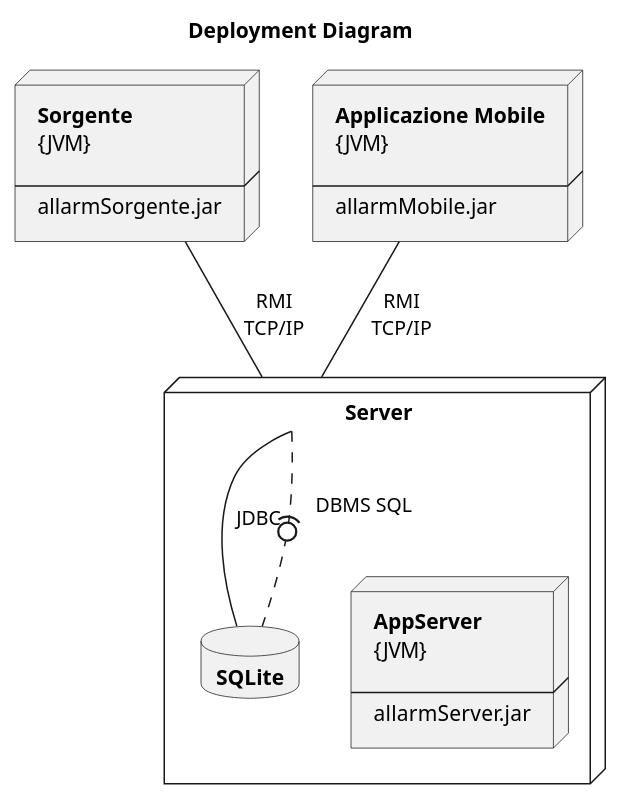
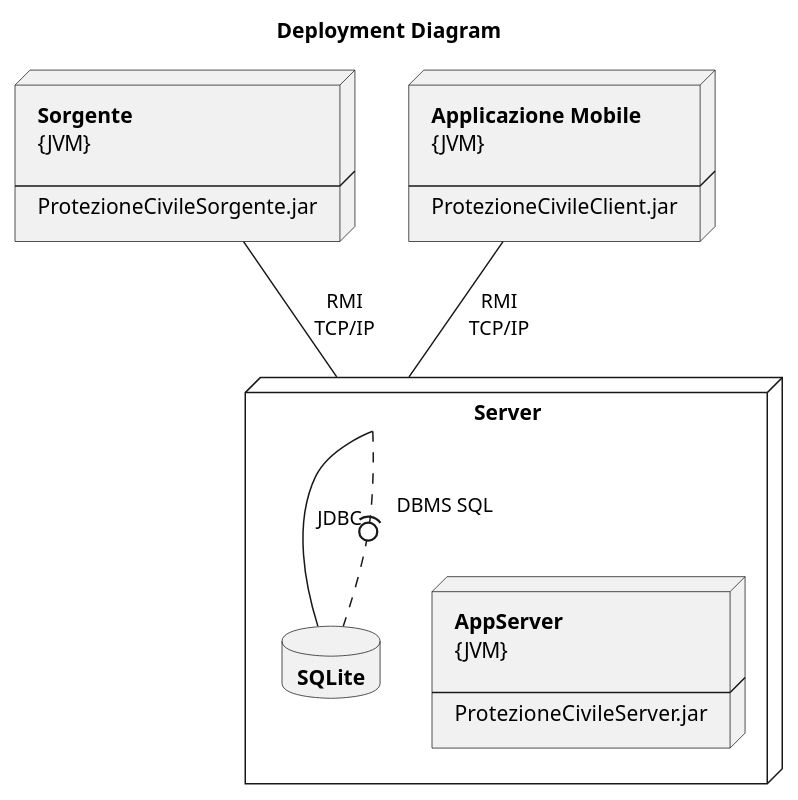
One commit to xFA25E/sweng_14_2019 changed the diagram in UML/src/deployment.puml. Above: the diagram before and after it, drawn with PlantUML.

Commit message:
deployment diagram updated

```diff
--- a/UML/src/deployment.puml
+++ b/UML/src/deployment.puml
@@ -1,38 +1,38 @@
 @startuml
 title Deployment Diagram
 
 node Sorgente  [
 <b>Sorgente
 {JVM}
 
 ---
-allarmSorgente.jar
+ProtezioneCivileSorgente.jar
 ]
 
 node AppMobile[
 <b>Applicazione Mobile
 {JVM}
 
 ---
-allarmMobile.jar
+ProtezioneCivileClient.jar
 ]
 
 node Server {
     node Server [
     <b>AppServer
     {JVM}
 
     ---
-    allarmServer.jar
+    ProtezioneCivileServer.jar
     ]
 
     database DB [
     <b>SQLite
     ]
 }
 
 Sorgente -- Server : RMI\nTCP/IP
 AppMobile -- Server : RMI\nTCP/IP
 Server -- DB : \lJDBC
 Server .(0. DB :  "  DBMS SQL"
 @enduml
```
